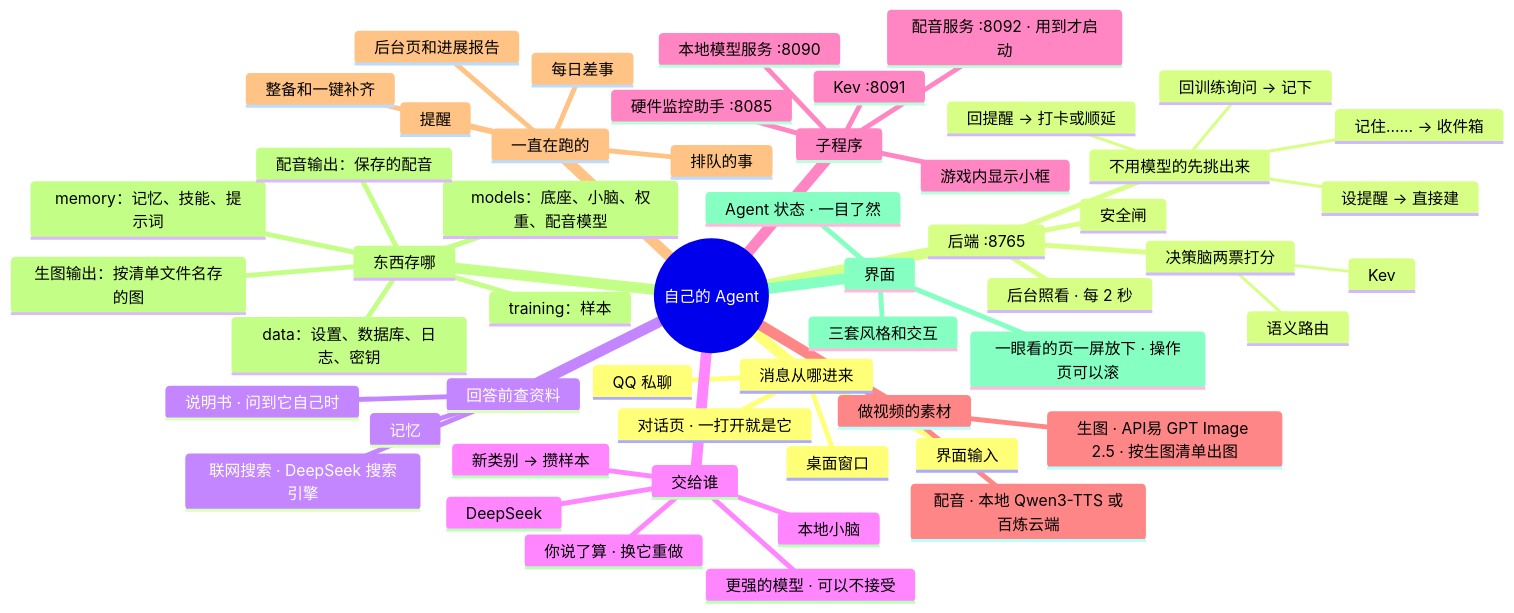
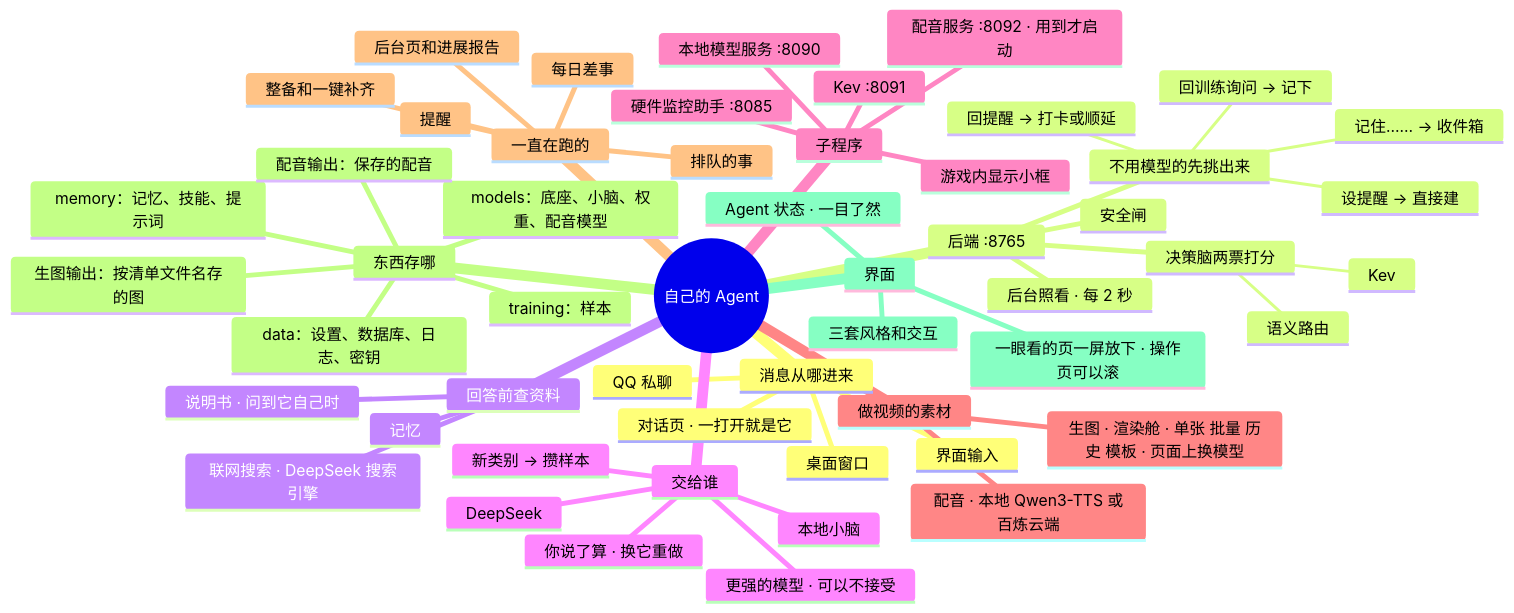
The diagram in docs/AI文档/架构/00-总览.md (lql-076/Experiment-Agent-One), drawn with Mermaid before and after one commit. The commit also changed other lines of this file and 17 other files, not shown here.

First line of the commit message:
v1.8.16：生图页重做成「渲染舱」——默认 Sunburst VIP（$0.03/张），加单张（文生图、参考图生图）、历史、素材模板，右上角按厂商分好的模型列表

```diff
--- a/docs/AI文档/架构/00-总览.md
+++ b/docs/AI文档/架构/00-总览.md
@@ -64,7 +64,7 @@
     做视频的素材
       配音 · 本地 Qwen3-TTS 或百炼云端
       :::go-14
-      生图 · API易 GPT Image 2.5 · 按生图清单出图
+      生图 · 渲染舱 · 单张 批量 历史 模板 · 页面上换模型
       :::go-15
     一直在跑的
       提醒
```
